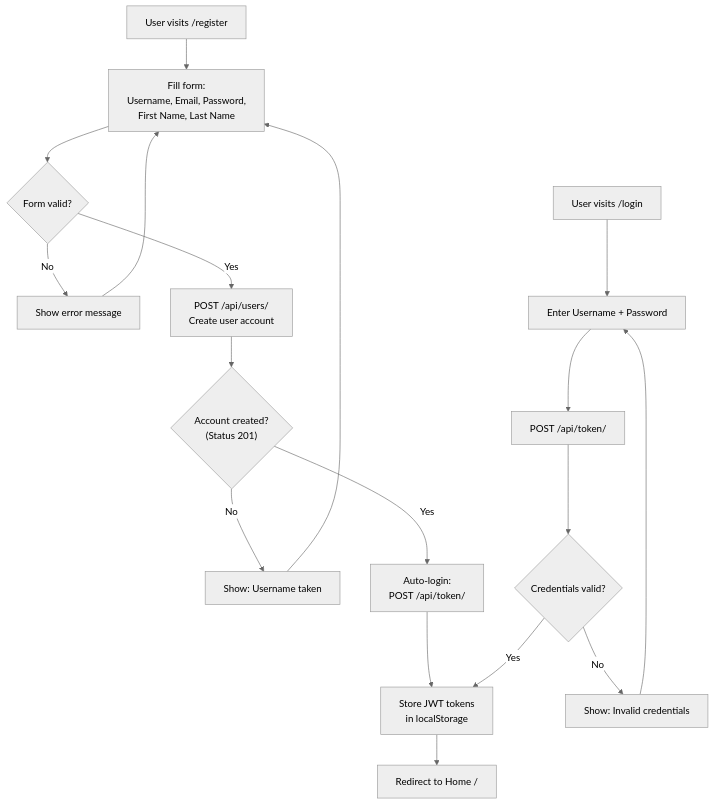
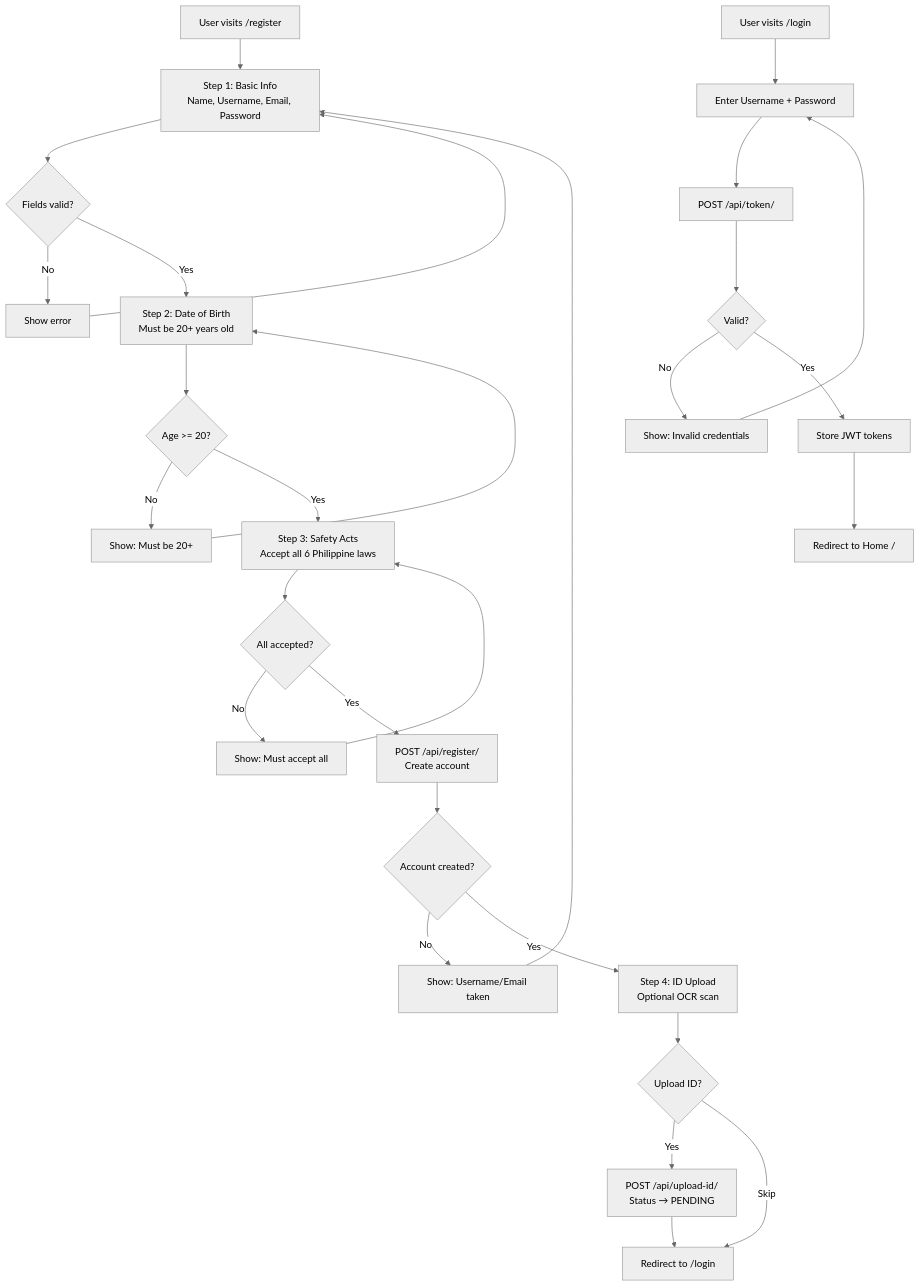
The fifth of 9 diagrams in DOCUMENTATION.md (singsonjohnrey9-a11y/kanojo-application-ipt), drawn with Mermaid (neutral theme) before and after one commit. The commit also changed other lines of this file and 84 other files, not shown here.

````diff
--- a/DOCUMENTATION.md
+++ b/DOCUMENTATION.md
@@ -516,21 +687,32 @@
 ```mermaid
 flowchart TD
-    A["User visits /register"] --> B["Fill form:<br/>Username, Email, Password,<br/>First Name, Last Name"]
-    B --> C{"Form valid?"}
-    C -->|No| D["Show error message"]
+    A["User visits /register"] --> B["Step 1: Basic Info<br/>Name, Username, Email, Password"]
+    B --> C{"Fields valid?"}
+    C -->|No| D["Show error"]
     D --> B
-    C -->|Yes| E["POST /api/users/<br/>Create user account"]
-    E --> F{"Account created?<br/>(Status 201)"}
-    F -->|No| G["Show: Username taken"]
-    G --> B
-    F -->|Yes| H["Auto-login:<br/>POST /api/token/"]
-    H --> I["Store JWT tokens<br/>in localStorage"]
-    I --> J["Redirect to Home /"]
+    C -->|Yes| E["Step 2: Date of Birth<br/>Must be 20+ years old"]
+    E --> F{"Age >= 20?"}
+    F -->|No| G["Show: Must be 20+"]
+    G --> E
+    F -->|Yes| H["Step 3: Safety Acts<br/>Accept all 6 Philippine laws"]
+    H --> I{"All accepted?"}
+    I -->|No| J["Show: Must accept all"]
+    J --> H
+    I -->|Yes| K["POST /api/register/<br/>Create account"]
+    K --> L{"Account created?"}
+    L -->|No| M["Show: Username/Email taken"]
+    M --> B
+    L -->|Yes| N["Step 4: ID Upload<br/>Optional OCR scan"]
+    N --> O{"Upload ID?"}
+    O -->|Yes| P["POST /api/upload-id/<br/>Status → PENDING"]
+    O -->|Skip| Q["Redirect to /login"]
+    P --> Q
 
-    K["User visits /login"] --> L["Enter Username + Password"]
-    L --> M["POST /api/token/"]
-    M --> N{"Credentials valid?"}
-    N -->|No| O["Show: Invalid credentials"]
-    O --> L
-    N -->|Yes| I
+    R["User visits /login"] --> S["Enter Username + Password"]
+    S --> T["POST /api/token/"]
+    T --> U{"Valid?"}
+    U -->|No| V["Show: Invalid credentials"]
+    V --> S
+    U -->|Yes| W["Store JWT tokens"]
+    W --> X["Redirect to Home /"]
 ```
````
